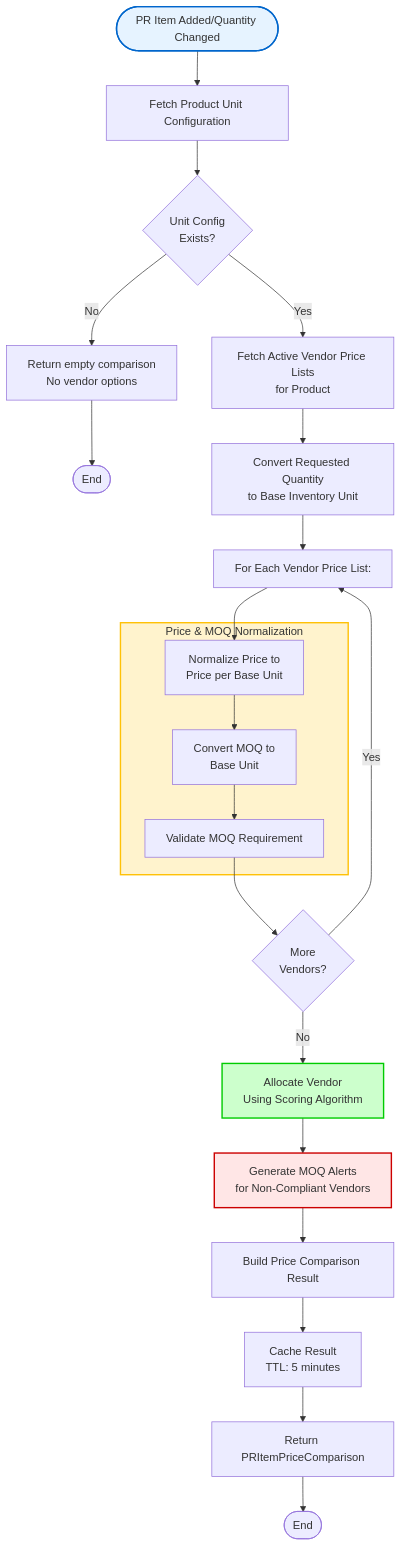
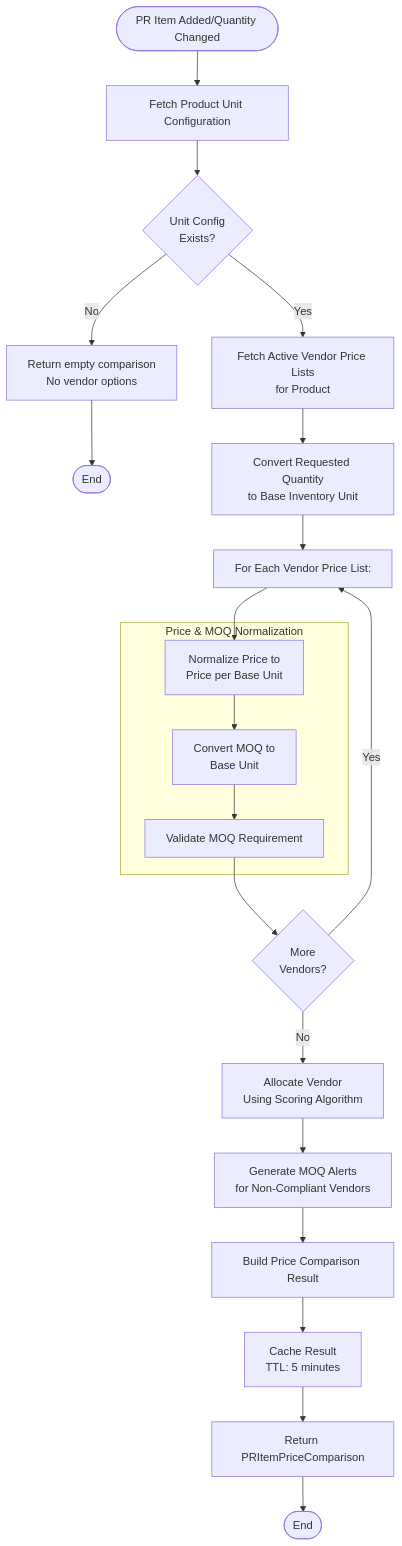
Before and after one commit to PeakMNA/carmen: diagram 25 of 60 in docs/app/procurement/purchase-requests/FD-purchase-requests.md, drawn with Mermaid. The commit also changed other lines of this file and 473 other files, not shown here.

````diff
--- a/docs/app/procurement/purchase-requests/FD-purchase-requests.md
+++ b/docs/app/procurement/purchase-requests/FD-purchase-requests.md
@@ -1164,37 +1087,33 @@
 ```mermaid
 flowchart TD
     Start([PR Item Added/Quantity Changed]) --> FetchConfig[Fetch Product Unit Configuration]
     FetchConfig --> CheckConfig{Unit Config<br>Exists?}
 
     CheckConfig -->|No| ReturnEmpty[Return empty comparison<br>No vendor options]
     ReturnEmpty --> End1([End])
 
     CheckConfig -->|Yes| FetchVendors[Fetch Active Vendor Price Lists<br>for Product]
     FetchVendors --> ConvertQty[Convert Requested Quantity<br>to Base Inventory Unit]
 
     ConvertQty --> NormalizeLoop[For Each Vendor Price List:]
 
     subgraph Normalization[Price & MOQ Normalization]
         NormalizePrice[Normalize Price to<br>Price per Base Unit]
         ConvertMOQ[Convert MOQ to<br>Base Unit]
         ValidateMOQ[Validate MOQ Requirement]
     end
 
     NormalizeLoop --> NormalizePrice
     NormalizePrice --> ConvertMOQ
     ConvertMOQ --> ValidateMOQ
     ValidateMOQ --> MoreVendors{More<br>Vendors?}
     MoreVendors -->|Yes| NormalizeLoop
 
     MoreVendors -->|No| AllocateVendor[Allocate Vendor<br>Using Scoring Algorithm]
     AllocateVendor --> GenerateAlerts[Generate MOQ Alerts<br>for Non-Compliant Vendors]
     GenerateAlerts --> BuildResult[Build Price Comparison Result]
     BuildResult --> CacheResult[Cache Result<br>TTL: 5 minutes]
     CacheResult --> ReturnResult[Return PRItemPriceComparison]
     ReturnResult --> End2([End])
 
-    style Start fill:#e6f3ff,stroke:#0066cc,stroke-width:2px
-    style Normalization fill:#fff3cd,stroke:#ffc107,stroke-width:2px
-    style AllocateVendor fill:#ccffcc,stroke:#00cc00,stroke-width:2px
-    style GenerateAlerts fill:#ffe6e6,stroke:#cc0000,stroke-width:2px
 ```
````
